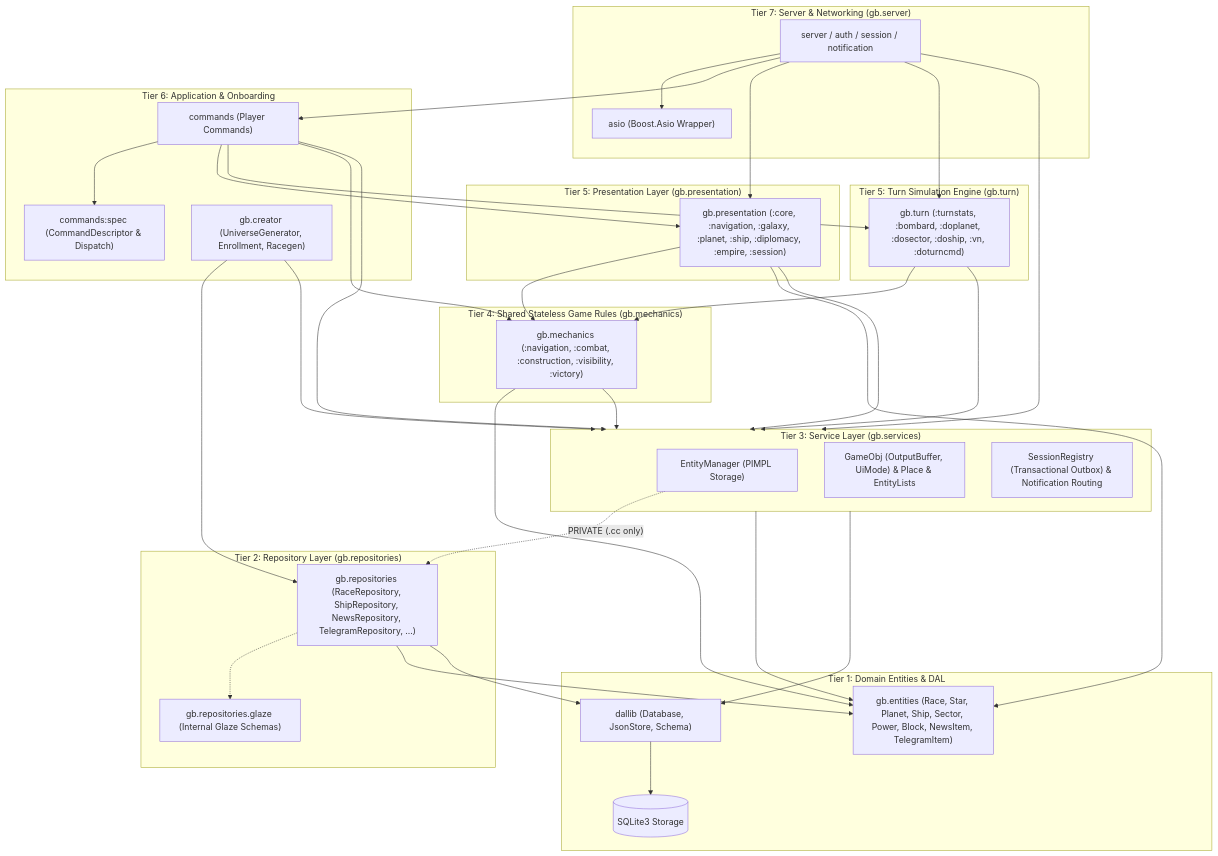
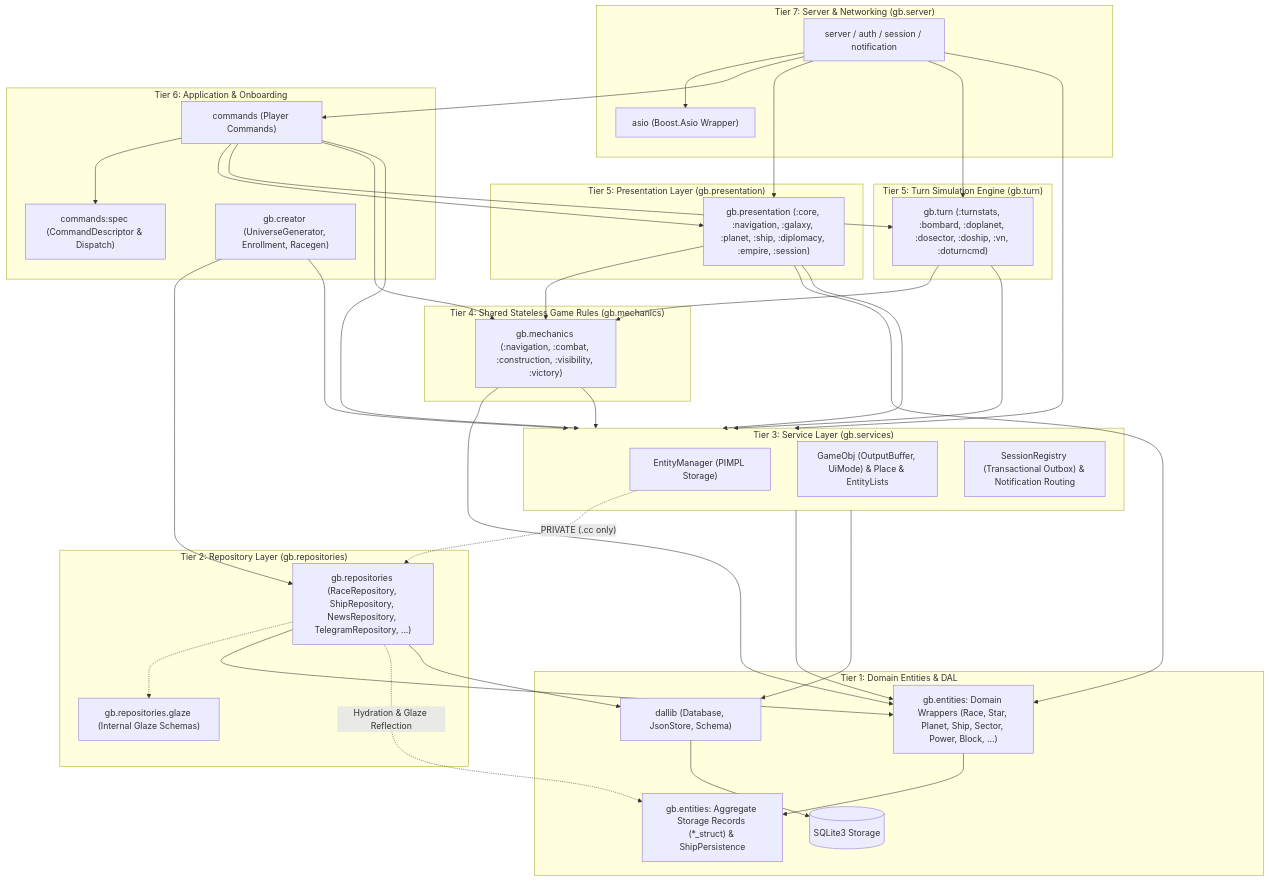
The fourth of 4 diagrams in ARCHITECTURE.md (kaladron/galactic-bloodshed), drawn with Mermaid before and after one commit. The commit also changed other lines of this file and 9 other files, not shown here.

````diff
--- a/ARCHITECTURE.md
+++ b/ARCHITECTURE.md
@@ -714,76 +673,79 @@
 ```mermaid
 graph TD
     subgraph ServerLayer ["Tier 7: Server & Networking (gb.server)"]
         Server["server / auth / session / notification"]
         AsioWrapper["asio (Boost.Asio Wrapper)"]
         Server --> AsioWrapper
     end
 
     subgraph AppLayer ["Tier 6: Application & Onboarding"]
         Commands["commands (Player Commands)"]
         Spec["commands:spec (CommandDescriptor & Dispatch)"]
         Creator["gb.creator (UniverseGenerator, Enrollment, Racegen)"]
         Commands --> Spec
     end
 
     subgraph PresentationLayer ["Tier 5: Presentation Layer (gb.presentation)"]
         Presentation["gb.presentation (:core, :navigation, :galaxy, :planet, :ship, :diplomacy, :empire, :session)"]
     end
 
     subgraph TurnLayer ["Tier 5: Turn Simulation Engine (gb.turn)"]
         Turn["gb.turn (:turnstats, :bombard, :doplanet, :dosector, :doship, :vn, :doturncmd)"]
     end
 
     subgraph MechanicsLayer ["Tier 4: Shared Stateless Game Rules (gb.mechanics)"]
         Mechanics["gb.mechanics (:navigation, :combat, :construction, :visibility, :victory)"]
     end
 
     subgraph ServicesLayer ["Tier 3: Service Layer (gb.services)"]
         EntityMgr["EntityManager (PIMPL Storage)"]
         GameObjPart["GameObj (OutputBuffer, UiMode) & Place & EntityLists"]
         SessionRegPart["SessionRegistry (Transactional Outbox) & Notification Routing"]
     end
 
     subgraph ReposLayer ["Tier 2: Repository Layer (gb.repositories)"]
         Repos["gb.repositories (RaceRepository, ShipRepository, NewsRepository, TelegramRepository, ...)"]
         GlazeSchemas["gb.repositories.glaze (Internal Glaze Schemas)"]
         Repos -.-> GlazeSchemas
     end
 
     subgraph FoundationLayer ["Tier 1: Domain Entities & DAL"]
-        Entities["gb.entities (Race, Star, Planet, Ship, Sector, Power, Block, NewsItem, TelegramItem)"]
+        Entities["gb.entities: Domain Wrappers (Race, Star, Planet, Ship, Sector, Power, Block, ...)"]
+        Records["gb.entities: Aggregate Storage Records (*_struct) & ShipPersistence"]
         DAL["dallib (Database, JsonStore, Schema)"]
         SQLite[("SQLite3 Storage")]
+        Entities --> Records
         DAL --> SQLite
     end
 
     Server --> Commands
     Server --> Presentation
     Server --> Turn
     Server --> ServicesLayer
 
     Commands --> Presentation
     Commands --> Turn
     Commands --> Mechanics
     Commands --> ServicesLayer
 
     Presentation --> Mechanics
     Presentation --> ServicesLayer
     Presentation --> Entities
 
     Creator --> ServicesLayer
     Creator --> Repos
 
     Turn --> Mechanics
     Turn --> ServicesLayer
 
     Mechanics --> ServicesLayer
     Mechanics --> Entities
 
     ServicesLayer --> Entities
     ServicesLayer --> DAL
     EntityMgr -. "PRIVATE (.cc only)" .-> Repos
 
     Repos --> Entities
+    Repos -. "Hydration & Glaze Reflection" .-> Records
     Repos --> DAL
 ```
````
